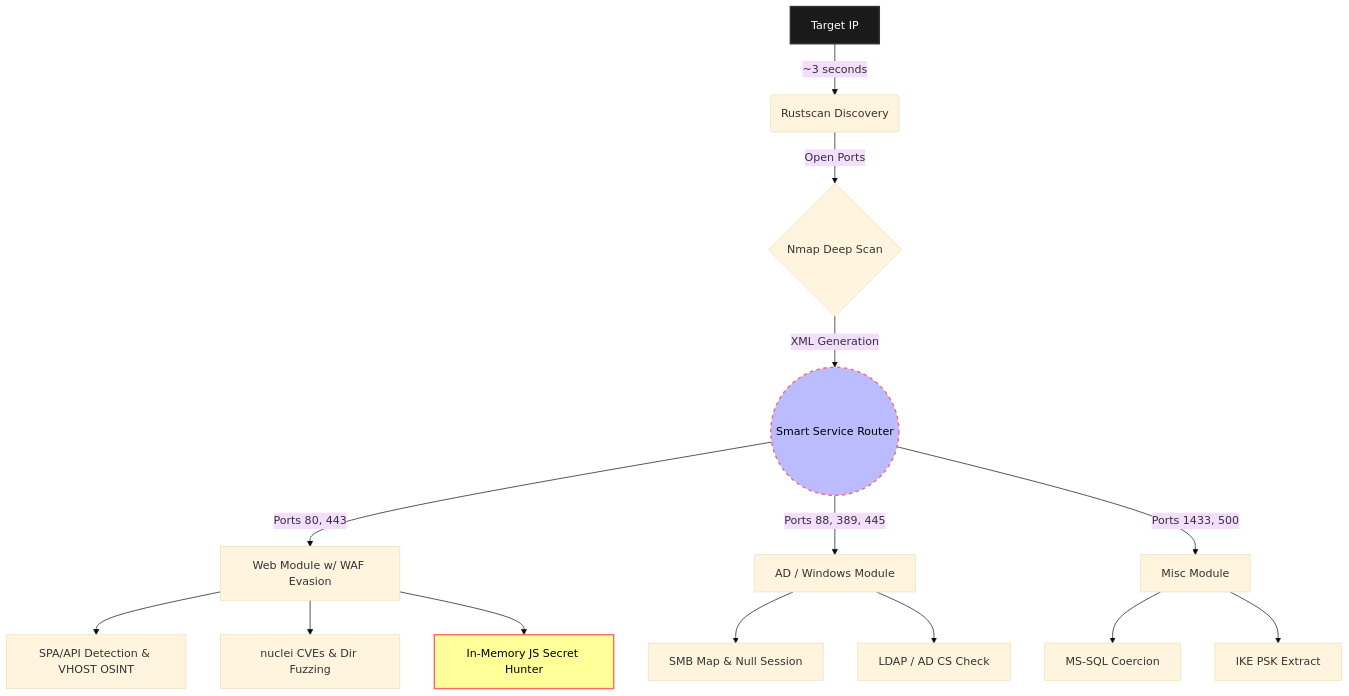
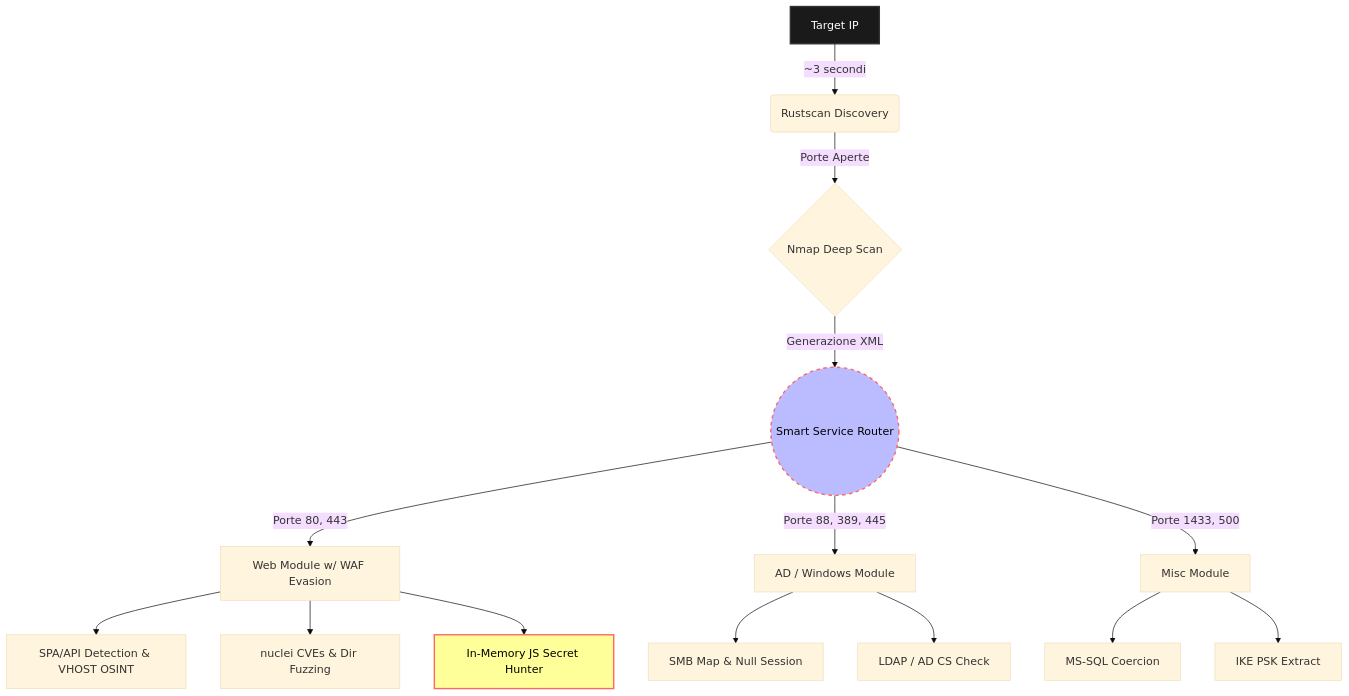
One commit to marcop-sed/portfolio changed the diagram in docs/lazypwn.md. Above: the diagram before and after it, drawn with Mermaid (base theme). The commit also changed other lines of this file and 79 other files, not shown here.

````diff
--- a/docs/lazypwn.md
+++ b/docs/lazypwn.md
@@ -25,23 +25,23 @@
 ```mermaid
 graph TD
-    A[Target IP] -->|~3 seconds| B(Rustscan Discovery)
-    B -->|Open Ports| C{Nmap Deep Scan}
-    C -->|XML Generation| D((Smart Service Router))
-
-    D -->|Ports 80, 443| E[Web Module w/ WAF Evasion]
+    A[Target IP] -->|~3 secondi| B(Rustscan Discovery)
+    B -->|Porte Aperte| C{Nmap Deep Scan}
+    C -->|Generazione XML| D((Smart Service Router))
+    
+    D -->|Porte 80, 443| E[Web Module w/ WAF Evasion]
     E --> F[SPA/API Detection & VHOST OSINT]
     E --> G[nuclei CVEs & Dir Fuzzing]
     E --> Z[In-Memory JS Secret Hunter]
-
-    D -->|Ports 88, 389, 445| H[AD / Windows Module]
+    
+    D -->|Porte 88, 389, 445| H[AD / Windows Module]
     H --> I[SMB Map & Null Session]
     H --> J[LDAP / AD CS Check]
-
-    D -->|Ports 1433, 500| K[Misc Module]
+    
+    D -->|Porte 1433, 500| K[Misc Module]
     K --> L[MS-SQL Coercion]
     K --> M[IKE PSK Extract]
-
+    
     style A fill:#1a1a1a,stroke:#333,stroke-width:2px,color:#fff
     style D fill:#bbf,stroke:#f66,stroke-width:2px,stroke-dasharray: 5, 5,color:#000
     style Z fill:#ff9,stroke:#f66,stroke-width:2px,color:#000
 ```
````
